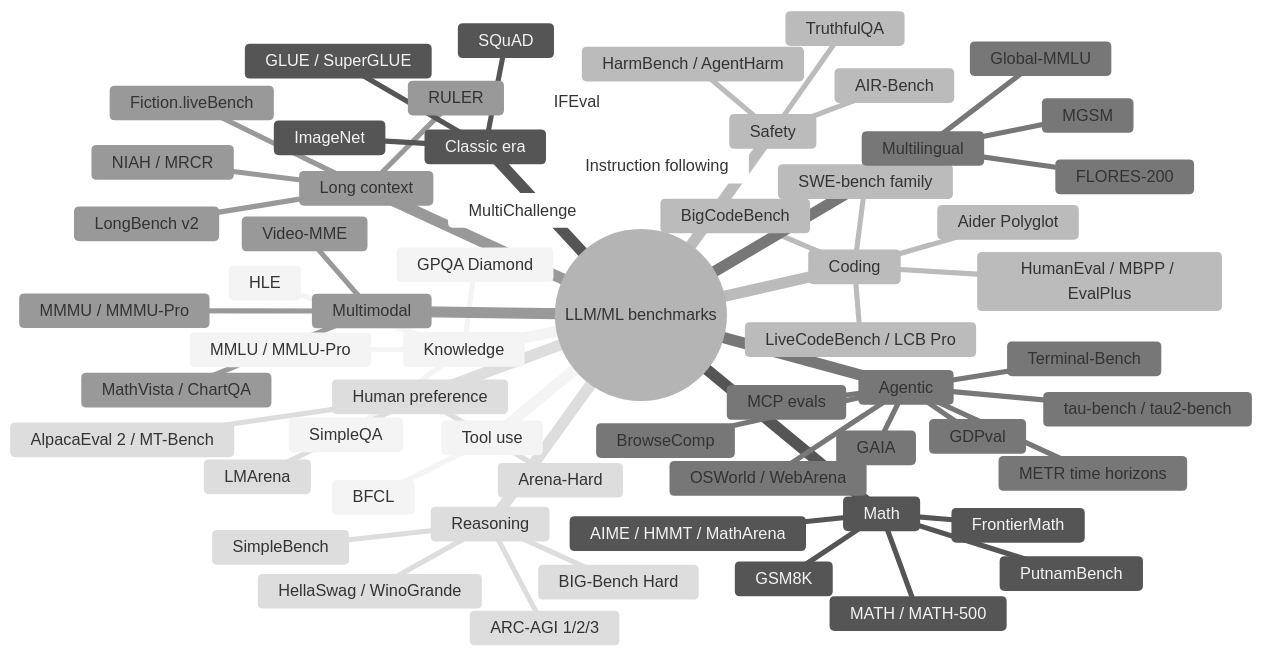
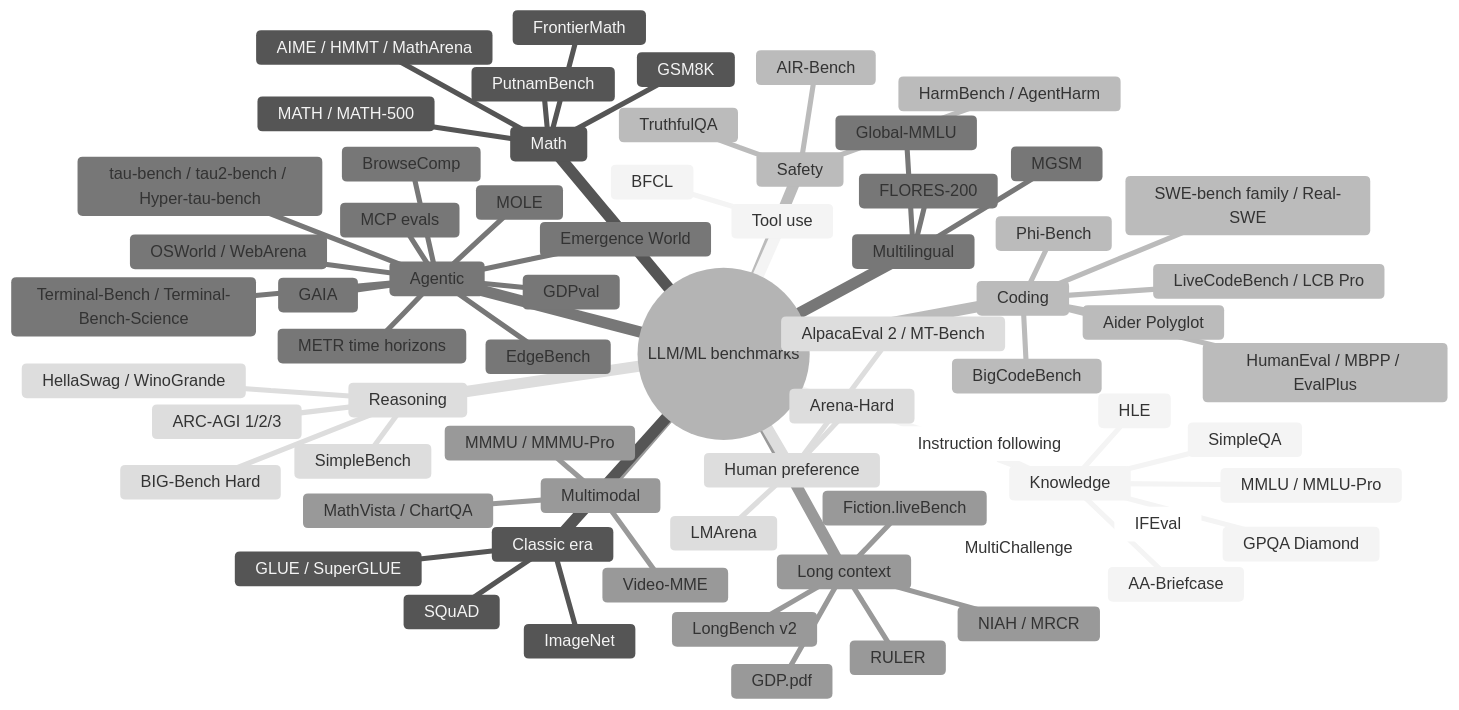
One commit to khalit7/technical_knowledge_base changed the diagram in topics/benchmarks/summary.md. Above: the diagram before and after it, drawn with Mermaid (neutral theme). The commit also changed other lines of this file and 289 other files, not shown here.

````diff
--- a/topics/benchmarks/summary.md
+++ b/topics/benchmarks/summary.md
@@ -44,65 +43,71 @@
 ```mermaid
 mindmap
   root((LLM/ML benchmarks))
     Knowledge
       MMLU / MMLU-Pro
       GPQA Diamond
       HLE
+      AA-Briefcase
       SimpleQA
     Math
       GSM8K
       MATH / MATH-500
       AIME / HMMT / MathArena
       FrontierMath
       PutnamBench
     Coding
       HumanEval / MBPP / EvalPlus
       LiveCodeBench / LCB Pro
-      SWE-bench family
+      SWE-bench family / Real-SWE
+      Phi-Bench
       Aider Polyglot
       BigCodeBench
     Agentic
       GAIA
       OSWorld / WebArena
-      tau-bench / tau2-bench
-      Terminal-Bench
+      tau-bench / tau2-bench / Hyper-tau-bench
+      Terminal-Bench / Terminal-Bench-Science
+      EdgeBench
+      Emergence World
+      MOLE
       BrowseComp
       MCP evals
       METR time horizons
       GDPval
     Long context
       RULER
       LongBench v2
+      GDP.pdf
       NIAH / MRCR
       Fiction.liveBench
     Reasoning
       ARC-AGI 1/2/3
       BIG-Bench Hard
       HellaSwag / WinoGrande
       SimpleBench
     Instruction following
       IFEval
       MultiChallenge
     Human preference
       LMArena
       Arena-Hard
       AlpacaEval 2 / MT-Bench
     Safety
       TruthfulQA
       HarmBench / AgentHarm
       AIR-Bench
     Multimodal
       MMMU / MMMU-Pro
       MathVista / ChartQA
       Video-MME
     Multilingual
       MGSM
       Global-MMLU
       FLORES-200
     Tool use
       BFCL
     Classic era
       GLUE / SuperGLUE
       SQuAD
       ImageNet
 ```
````
